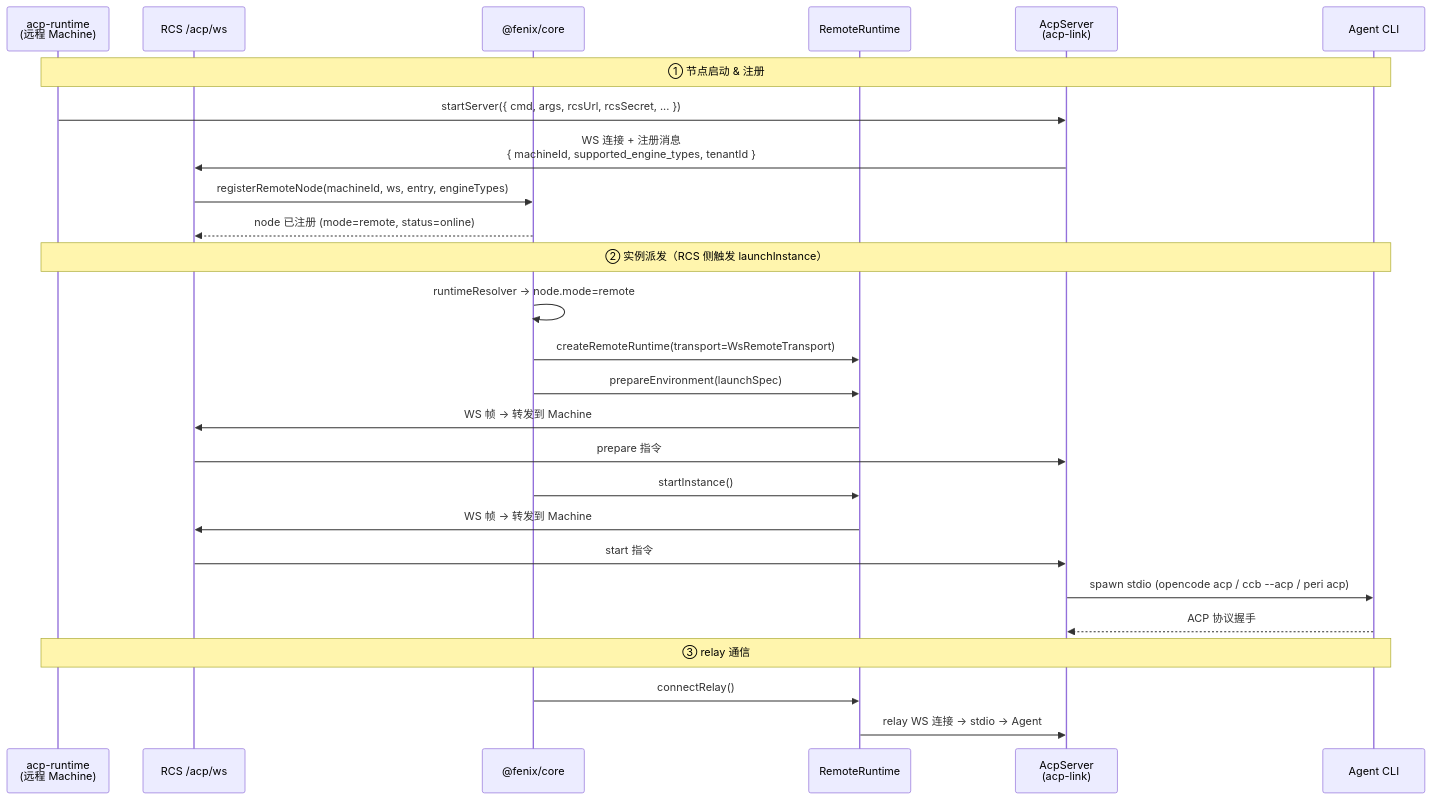
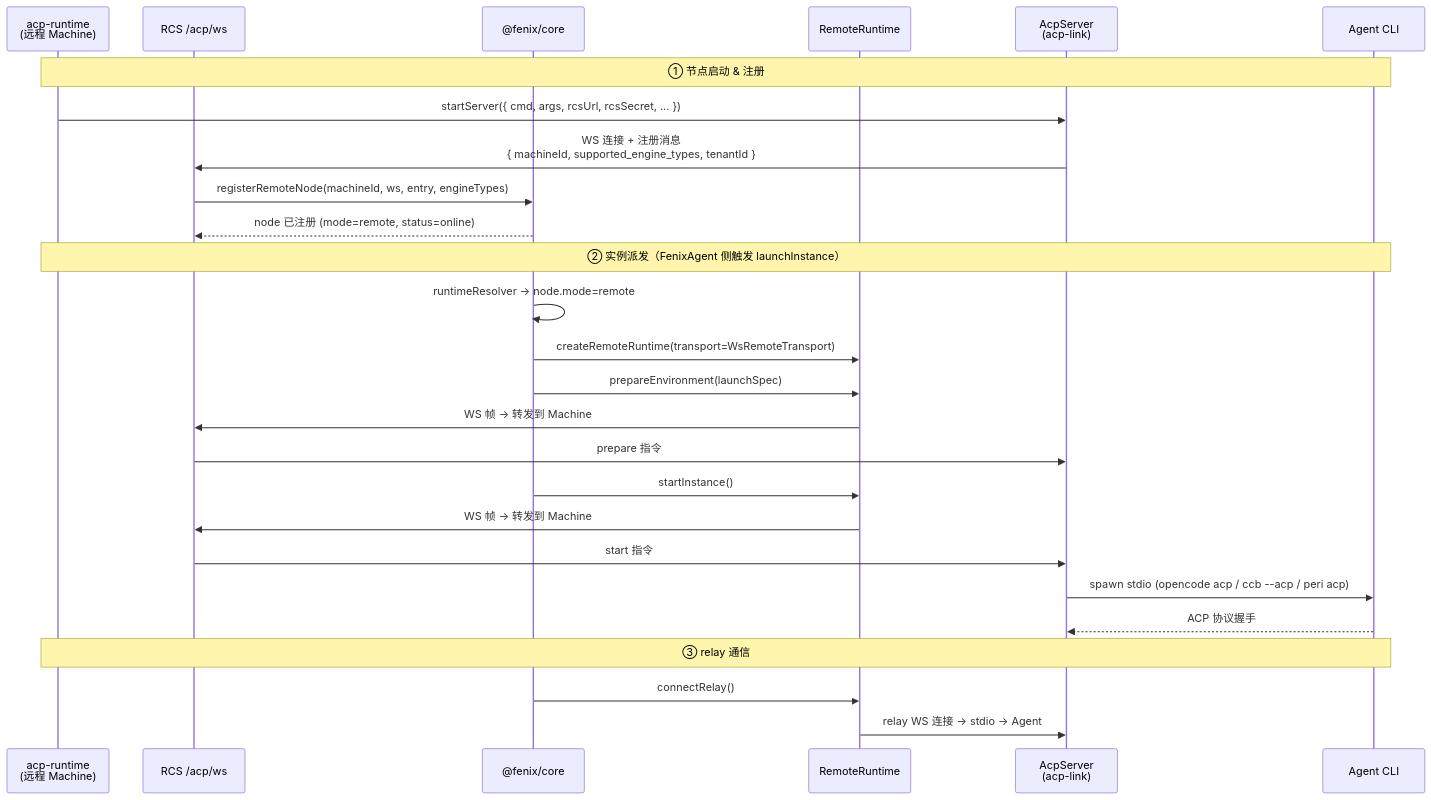
The ninth of 11 diagrams in docs/developer/arch/agent-engine-architecture.md (HuangPuStar/FenixAgent), drawn with Mermaid before and after one commit. The commit also changed other lines of this file and 9 other files, not shown here.

First line of the commit message:
docs: 开发者文档品牌更新，RCS → FenixAgent

````diff
--- a/docs/developer/arch/agent-engine-architecture.md
+++ b/docs/developer/arch/agent-engine-architecture.md
@@ -546,31 +546,31 @@
 ```mermaid
 sequenceDiagram
     participant RT as acp-runtime<br/>(远程 Machine)
     participant ACPWS as RCS /acp/ws
     participant Core as @fenix/core
     participant RemoteRT as RemoteRuntime
     participant AcpSrv as AcpServer<br/>(acp-link)
     participant Agent as Agent CLI
 
     Note over RT,Agent: ① 节点启动 & 注册
     RT->>AcpSrv: startServer({ cmd, args, rcsUrl, rcsSecret, ... })
     AcpSrv->>ACPWS: WS 连接 + 注册消息<br/>{ machineId, supported_engine_types, tenantId }
     ACPWS->>Core: registerRemoteNode(machineId, ws, entry, engineTypes)
     Core-->>ACPWS: node 已注册 (mode=remote, status=online)
 
-    Note over RT,Agent: ② 实例派发（RCS 侧触发 launchInstance）
+    Note over RT,Agent: ② 实例派发（FenixAgent 侧触发 launchInstance）
     Core->>Core: runtimeResolver → node.mode=remote
     Core->>RemoteRT: createRemoteRuntime(transport=WsRemoteTransport)
     Core->>RemoteRT: prepareEnvironment(launchSpec)
     RemoteRT->>ACPWS: WS 帧 → 转发到 Machine
     ACPWS->>AcpSrv: prepare 指令
     Core->>RemoteRT: startInstance()
     RemoteRT->>ACPWS: WS 帧 → 转发到 Machine
     ACPWS->>AcpSrv: start 指令
     AcpSrv->>Agent: spawn stdio (opencode acp / ccb --acp / peri acp)
     Agent-->>AcpSrv: ACP 协议握手
 
     Note over RT,Agent: ③ relay 通信
     Core->>RemoteRT: connectRelay()
     RemoteRT->>AcpSrv: relay WS 连接 → stdio → Agent
 ```
````
